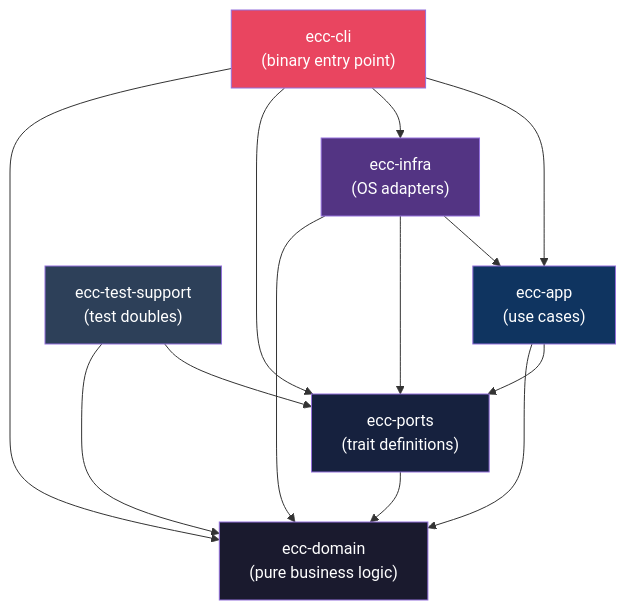
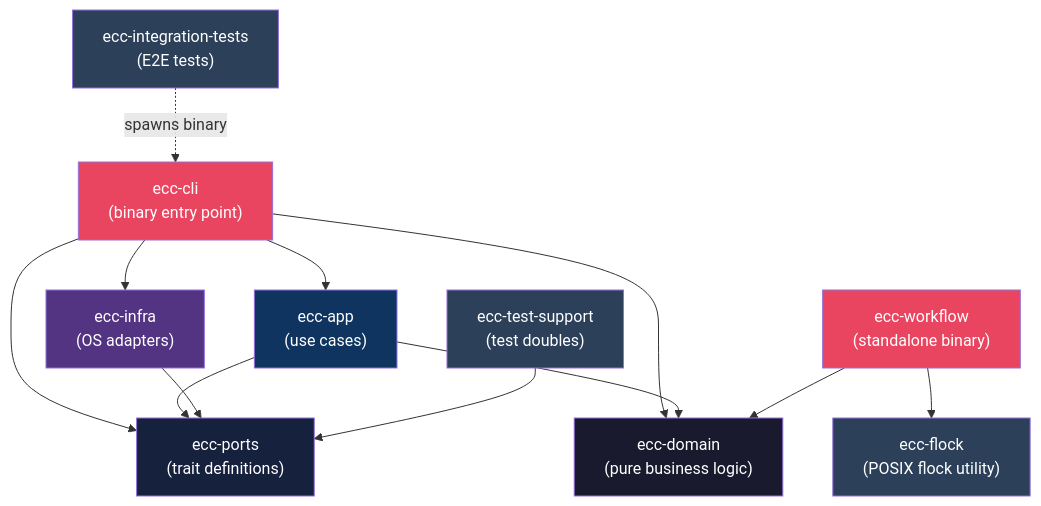
Before and after one commit to LEBOCQTitouan/everything-claude-code: the diagram in docs/diagrams/module-dependency-graph.md, drawn with Mermaid.

Commit message:
docs: update module dependency diagram with 9 crate nodes and correct edges (PC-048)

````diff
--- a/docs/diagrams/module-dependency-graph.md
+++ b/docs/diagrams/module-dependency-graph.md
@@ -7,33 +7,39 @@
 ```mermaid
 flowchart TD
     CLI["ecc-cli<br/>(binary entry point)"]
     APP["ecc-app<br/>(use cases)"]
     INFRA["ecc-infra<br/>(OS adapters)"]
     PORTS["ecc-ports<br/>(trait definitions)"]
     DOMAIN["ecc-domain<br/>(pure business logic)"]
     TEST["ecc-test-support<br/>(test doubles)"]
+    WF["ecc-workflow<br/>(standalone binary)"]
+    FLOCK["ecc-flock<br/>(POSIX flock utility)"]
+    IT["ecc-integration-tests<br/>(E2E tests)"]
 
     CLI --> APP
     CLI --> INFRA
     CLI --> PORTS
     CLI --> DOMAIN
 
-    INFRA --> APP
-    INFRA --> PORTS
-    INFRA --> DOMAIN
-
     APP --> PORTS
     APP --> DOMAIN
 
-    PORTS --> DOMAIN
+    INFRA --> PORTS
+
+    WF --> DOMAIN
+    WF --> FLOCK
 
     TEST --> PORTS
-    TEST --> DOMAIN
+
+    IT -.->|spawns binary| CLI
 
     style DOMAIN fill:#1a1a2e,color:#fff
     style PORTS fill:#16213e,color:#fff
     style APP fill:#0f3460,color:#fff
     style INFRA fill:#533483,color:#fff
     style CLI fill:#e94560,color:#fff
     style TEST fill:#2d4059,color:#fff
+    style WF fill:#e94560,color:#fff
+    style FLOCK fill:#2d4059,color:#fff
+    style IT fill:#2d4059,color:#fff
 ```
````
